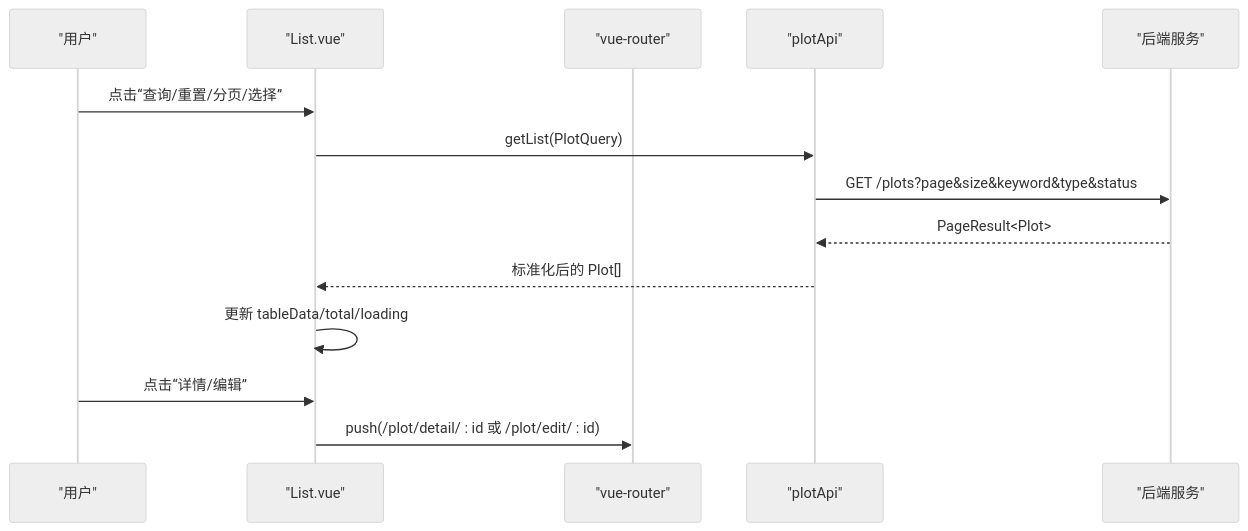
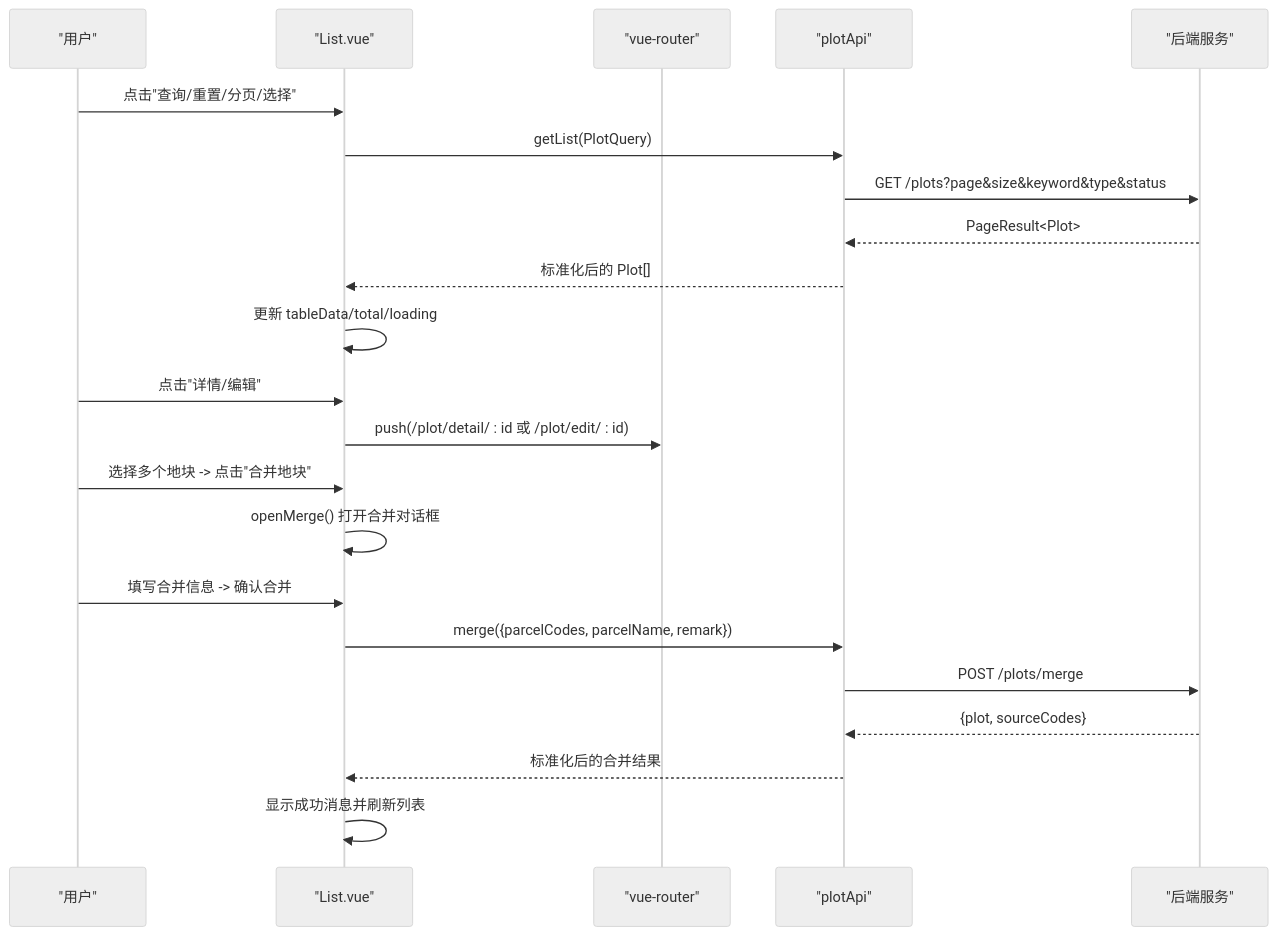
The second of 10 diagrams in .qoder/repowiki/zh/content/前端应用文档/核心页面/地块管理页面/地块列表页面.md (q446328246/agri-platform), drawn with Mermaid (neutral theme) before and after one commit. The commit also changed other lines of this file and 52 other files, not shown here.

````diff
--- a/.qoder/repowiki/zh/content/前端应用文档/核心页面/地块管理页面/地块列表页面.md
+++ b/.qoder/repowiki/zh/content/前端应用文档/核心页面/地块管理页面/地块列表页面.md
@@ -79,16 +80,24 @@
 ```mermaid
 sequenceDiagram
 participant U as "用户"
 participant V as "List.vue"
 participant R as "vue-router"
 participant A as "plotApi"
 participant S as "后端服务"
-U->>V : 点击“查询/重置/分页/选择”
+U->>V : 点击"查询/重置/分页/选择"
 V->>A : getList(PlotQuery)
 A->>S : GET /plots?page&size&keyword&type&status
 S-->>A : PageResult<Plot>
 A-->>V : 标准化后的 Plot[]
 V->>V : 更新 tableData/total/loading
-U->>V : 点击“详情/编辑”
+U->>V : 点击"详情/编辑"
 V->>R : push(/plot/detail/ : id 或 /plot/edit/ : id)
+U->>V : 选择多个地块 -> 点击"合并地块"
+V->>V : openMerge() 打开合并对话框
+U->>V : 填写合并信息 -> 确认合并
+V->>A : merge({parcelCodes, parcelName, remark})
+A->>S : POST /plots/merge
+S-->>A : {plot, sourceCodes}
+A-->>V : 标准化后的合并结果
+V->>V : 显示成功消息并刷新列表
 ```
````
